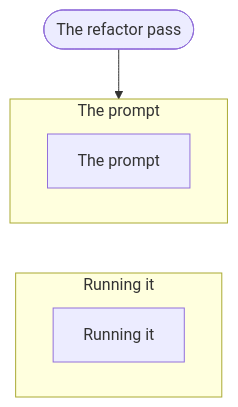
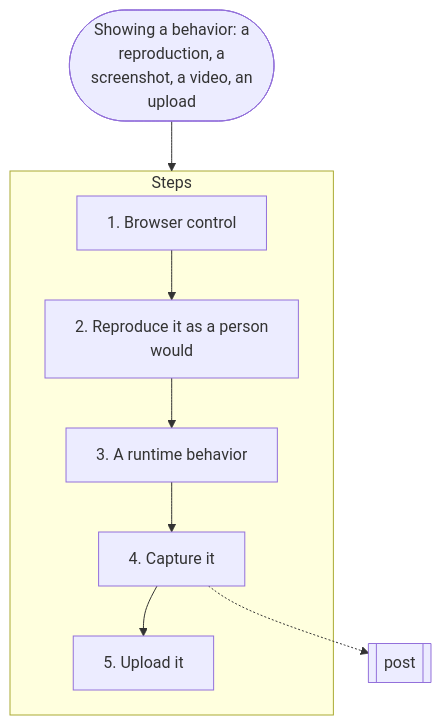
Before and after one commit to nitedani-agent/mergeworthy: diagram 13 of 16 in docs/graphs.md, drawn with Mermaid. The commit also changed other lines of this file and 60 other files, not shown here.

````diff
--- a/docs/graphs.md
+++ b/docs/graphs.md
@@ -437,12 +344,17 @@
 ```mermaid
 flowchart TB
-  start(["The refactor pass"])
-  subgraph g0["The prompt"]
-    s0["The prompt"]
+  start(["Showing a behavior: a<br/>reproduction, a<br/>screenshot, a video, an<br/>upload"])
+  subgraph g0["Steps"]
+    s0["1. Browser control"]
+    s1["2. Reproduce it as a person<br/>would"]
+    s0 --> s1
+    s2["3. A runtime behavior"]
+    s1 --> s2
+    s3["4. Capture it"]
+    s2 --> s3
+    s4["5. Upload it"]
+    s3 --> s4
   end
-  subgraph g1["Running it"]
-    s1["Running it"]
-  end
+  s3 -.-> r1[["post"]]
   start --> g0
-  g0 ~~~ g1
 ```
````
